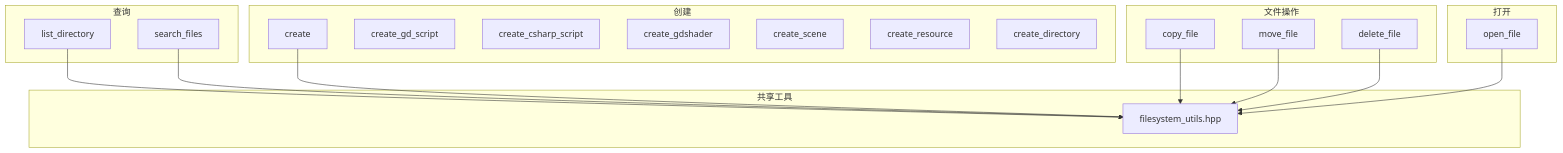
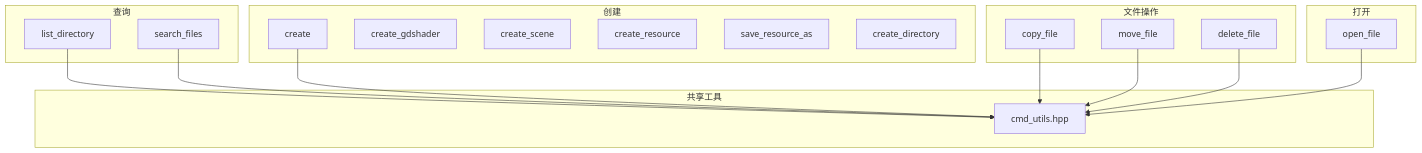
One commit to jesspig/GodotMCP-GDExtension changed the diagram in .repo_wiki/modules/filesystem-tools.md. Above: the diagram before and after it, drawn with Mermaid. The commit also changed other lines of this file and 36 other files, not shown here.

````diff
--- a/.repo_wiki/modules/filesystem-tools.md
+++ b/.repo_wiki/modules/filesystem-tools.md
@@ -26,34 +24,33 @@
 ```mermaid
 flowchart TB
     subgraph Query["查询"]
         LIST[list_directory]
         SEARCH[search_files]
     end
     subgraph Create["创建"]
         CREATE[create]
-        GD[create_gd_script]
-        CS[create_csharp_script]
         SHADER[create_gdshader]
         SCENE[create_scene]
         RES[create_resource]
+        SAVEAS[save_resource_as]
         DIR[create_directory]
     end
     subgraph FileOps["文件操作"]
         CP[copy_file]
         MV[move_file]
         DEL[delete_file]
     end
     subgraph Open["打开"]
         OPEN[open_file]
     end
     subgraph Utils["共享工具"]
-        UTILS[filesystem_utils.hpp]
+        UTILS[cmd_utils.hpp]
     end
     LIST --> UTILS
     SEARCH --> UTILS
     CREATE --> UTILS
     CP --> UTILS
     MV --> UTILS
     DEL --> UTILS
     OPEN --> UTILS
 ```
````
